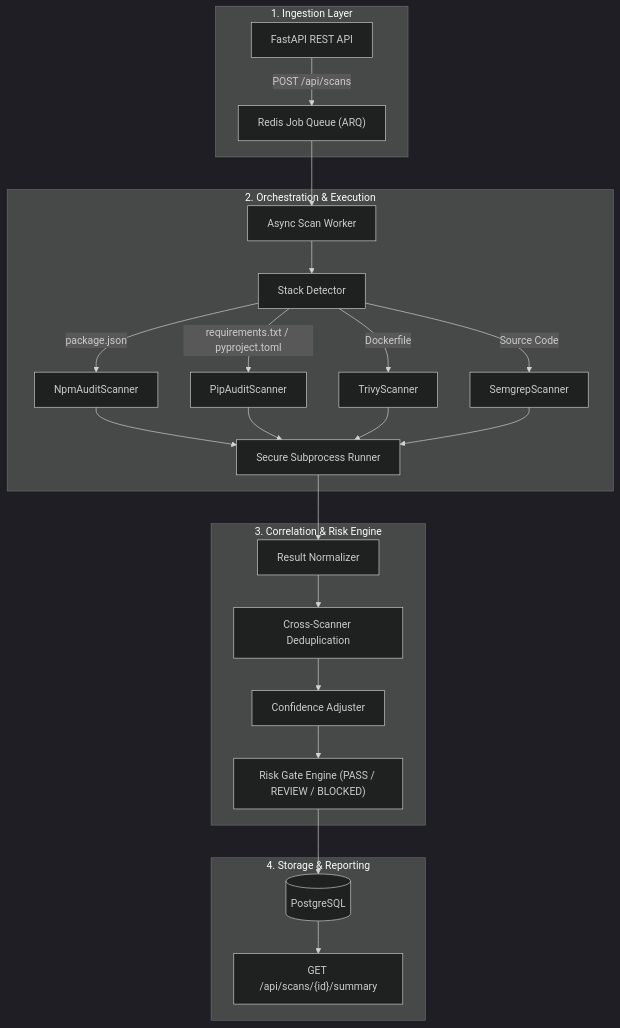
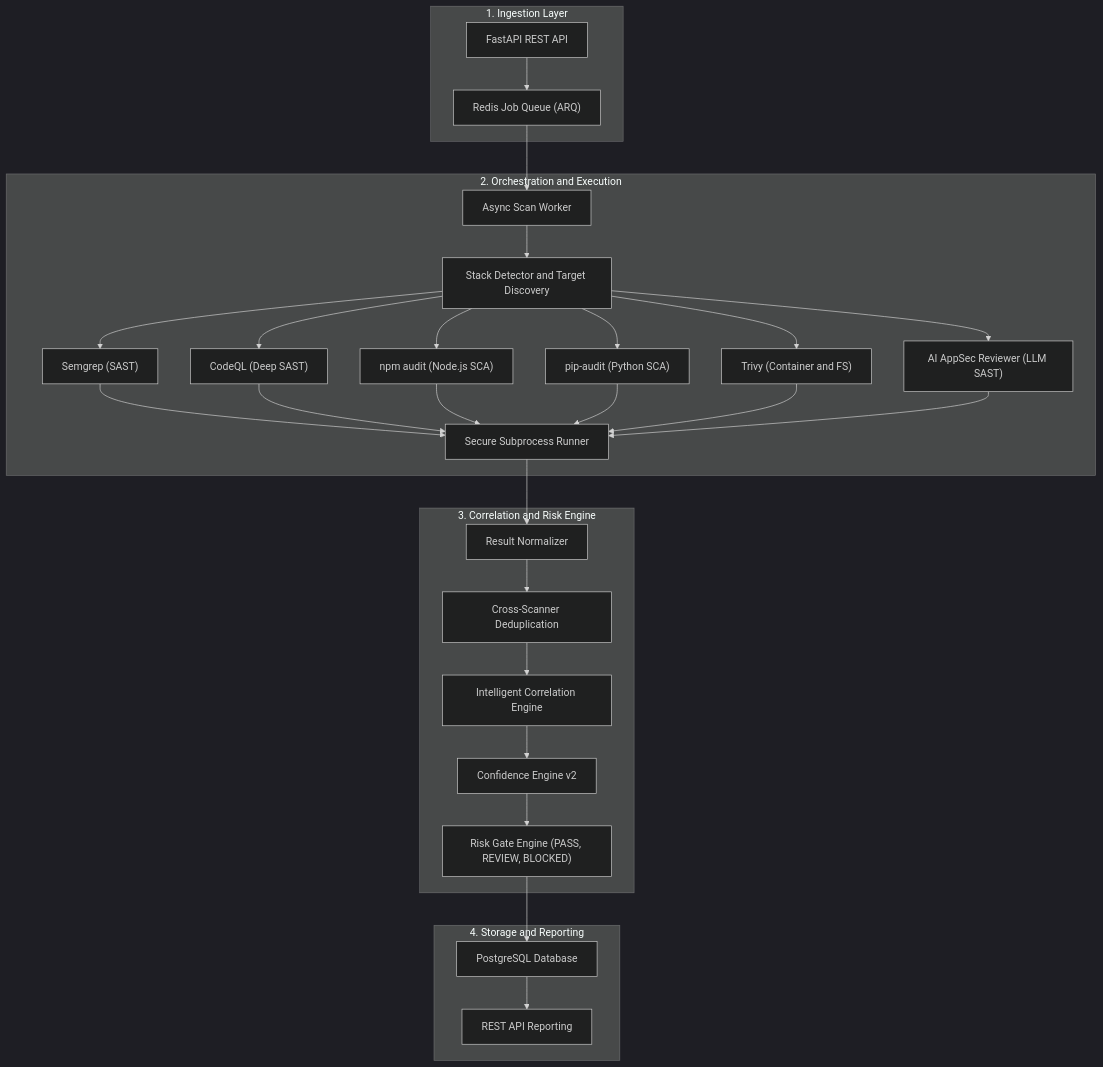
The first of 3 diagrams in README.md (mdigitalbh81/secops-orchestrator), drawn with Mermaid (dark theme) before and after one commit.

Commit message:
docs: fix GitHub Mermaid rendering

````diff
--- a/README.md
+++ b/README.md
@@ -5,32 +5,38 @@
 ```mermaid
 flowchart TD
-    subgraph Ingestion["1. Ingestion Layer"]
-        API["FastAPI REST API"] -->|POST /api/scans| Q["Redis Job Queue (ARQ)"]
+    subgraph Ingestion ["1. Ingestion Layer"]
+        API["FastAPI REST API"] --> Q["Redis Job Queue (ARQ)"]
     end
 
-    subgraph Processing["2. Orchestration & Execution"]
+    subgraph Processing ["2. Orchestration and Execution"]
         Q --> Worker["Async Scan Worker"]
-        Worker --> SD["Stack Detector"]
-        SD -->|package.json| S_NPM["NpmAuditScanner"]
-        SD -->|requirements.txt / pyproject.toml| S_PIP["PipAuditScanner"]
-        SD -->|Dockerfile| S_TRIVY["TrivyScanner"]
-        SD -->|Source Code| S_SEMGREP["SemgrepScanner"]
-        
-        S_NPM --> Runner["Secure Subprocess Runner"]
+        Worker --> SD["Stack Detector and Target Discovery"]
+
+        SD --> S_SEMGREP["Semgrep (SAST)"]
+        SD --> S_CODEQL["CodeQL (Deep SAST)"]
+        SD --> S_NPM["npm audit (Node.js SCA)"]
+        SD --> S_PIP["pip-audit (Python SCA)"]
+        SD --> S_TRIVY["Trivy (Container and FS)"]
+        SD --> S_AI["AI AppSec Reviewer (LLM SAST)"]
+
+        S_SEMGREP --> Runner["Secure Subprocess Runner"]
+        S_CODEQL --> Runner
+        S_NPM --> Runner
         S_PIP --> Runner
         S_TRIVY --> Runner
-        S_SEMGREP --> Runner
+        S_AI --> Runner
     end
 
-    subgraph Normalization["3. Correlation & Risk Engine"]
+    subgraph Normalization ["3. Correlation and Risk Engine"]
         Runner --> Norm["Result Normalizer"]
         Norm --> Dedup["Cross-Scanner Deduplication"]
-        Dedup --> Conf["Confidence Adjuster"]
-        Conf --> Risk["Risk Gate Engine (PASS / REVIEW / BLOCKED)"]
+        Dedup --> Correlate["Intelligent Correlation Engine"]
+        Correlate --> Conf["Confidence Engine v2"]
+        Conf --> Risk["Risk Gate Engine (PASS, REVIEW, BLOCKED)"]
     end
 
-    subgraph Persistence["4. Storage & Reporting"]
-        Risk --> DB[(PostgreSQL)]
-        DB --> Report["GET /api/scans/{id}/summary"]
+    subgraph Persistence ["4. Storage and Reporting"]
+        Risk --> DB["PostgreSQL Database"]
+        DB --> Report["REST API Reporting"]
     end
 ```
````
